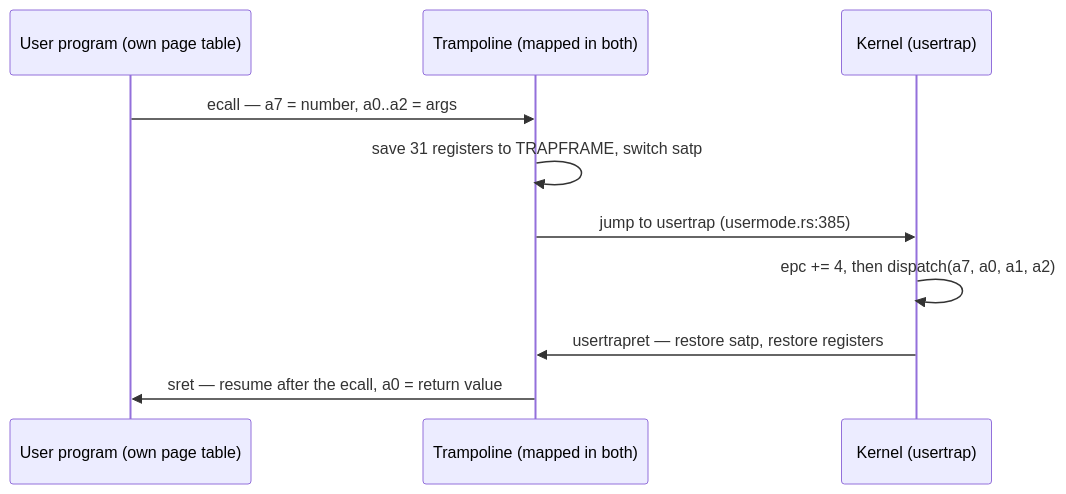
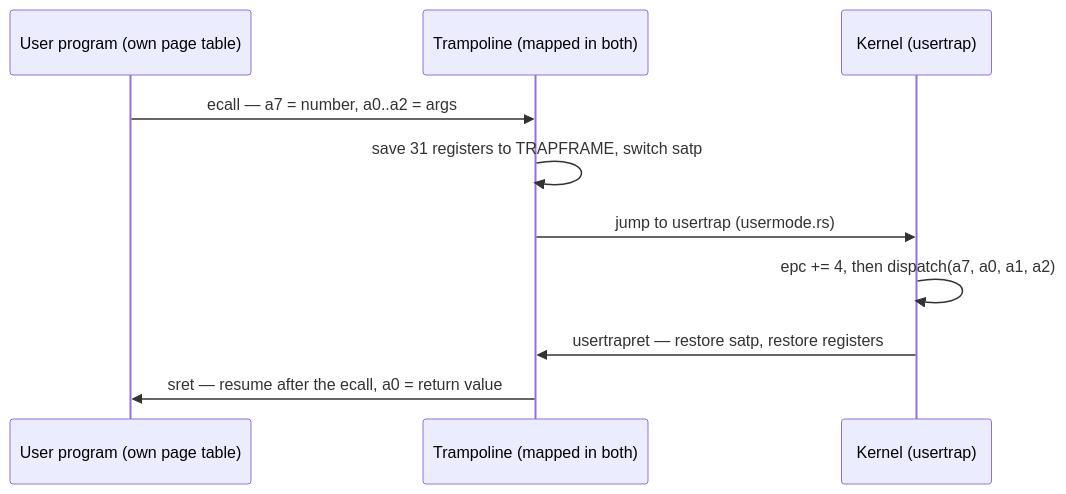
The first of 4 diagrams in docs/lectures/15-cs326-2026-12-01-exec-file-descriptors-and-fork.md (USF-CS326-F26/USF-CS326-F26.github.io), drawn with Mermaid before and after one commit. The commit also changed other lines of this file and 66 other files, not shown here.

````diff
--- a/docs/lectures/15-cs326-2026-12-01-exec-file-descriptors-and-fork.md
+++ b/docs/lectures/15-cs326-2026-12-01-exec-file-descriptors-and-fork.md
@@ -65,12 +65,12 @@
 ```mermaid
 sequenceDiagram
     participant U as User program (own page table)
     participant T as Trampoline (mapped in both)
     participant K as Kernel (usertrap)
     U->>T: ecall — a7 = number, a0..a2 = args
     T->>T: save 31 registers to TRAPFRAME, switch satp
-    T->>K: jump to usertrap (usermode.rs:385)
+    T->>K: jump to usertrap (usermode.rs)
     K->>K: epc += 4, then dispatch(a7, a0, a1, a2)
     K->>T: usertrapret — restore satp, restore registers
     T->>U: sret — resume after the ecall, a0 = return value
 ```
````
